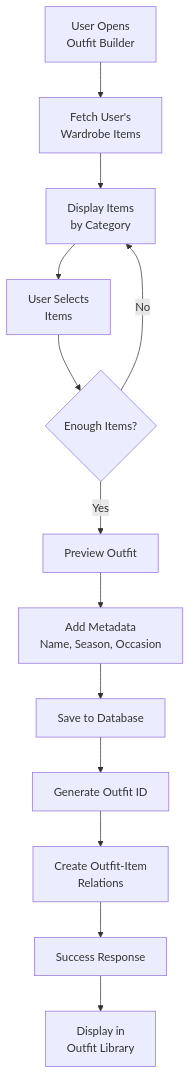
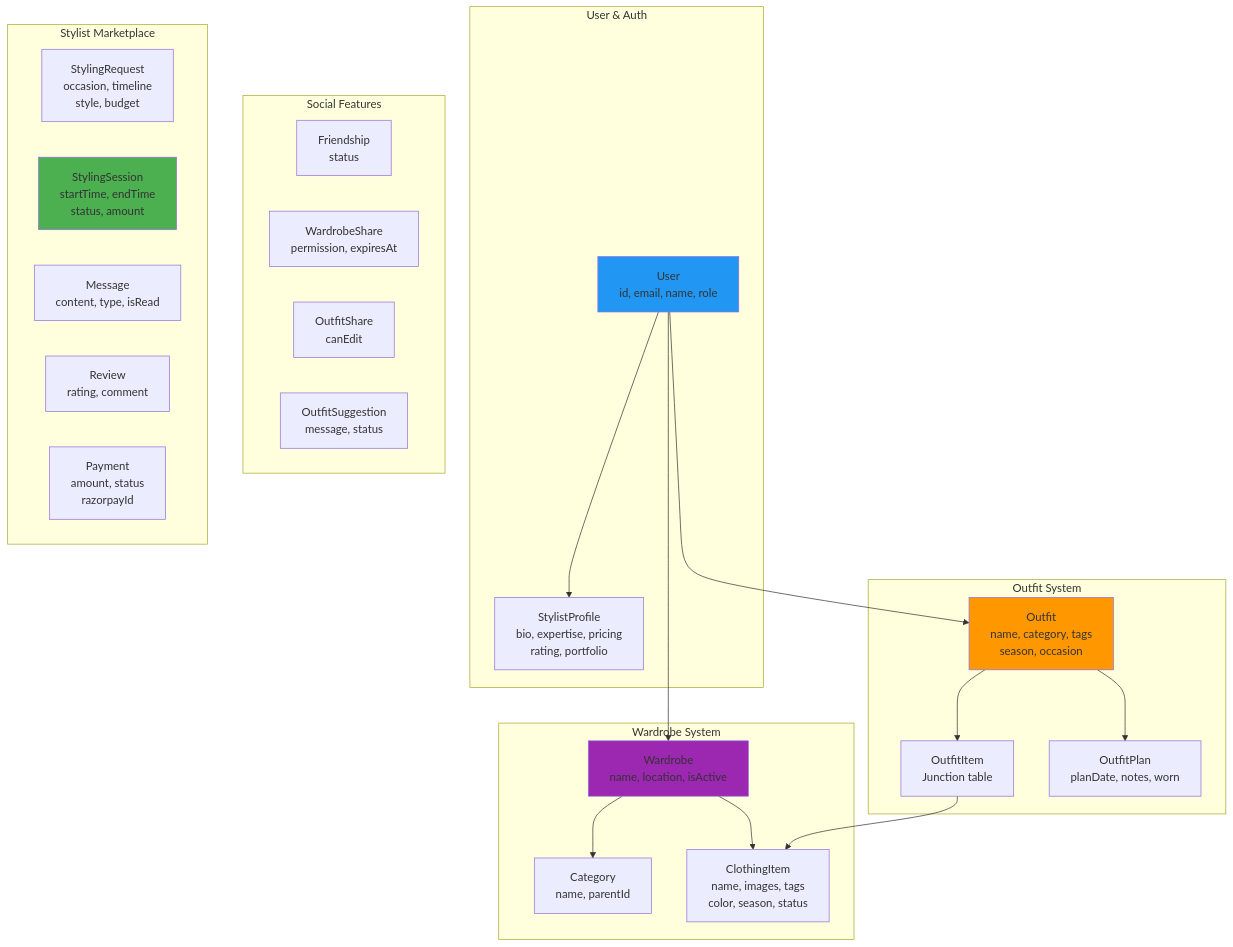
One commit to hrshkshri/my-wardrobe changed diagram 13 of 13 in docs/DIAGRAMS.md. Above: the diagram before and after it, drawn with Mermaid. The commit also changed other lines of this file, not shown here.

First line of the commit message:
Docs: Update all documentation with organized user flows

````diff
--- a/docs/DIAGRAMS.md
+++ b/docs/DIAGRAMS.md
@@ -517,15 +584,48 @@
 ```mermaid
-flowchart TD
-    A[User Opens<br/>Outfit Builder] --> B[Fetch User's<br/>Wardrobe Items]
-    B --> C[Display Items<br/>by Category]
-    C --> D[User Selects<br/>Items]
-    D --> E{Enough Items?}
-    E -->|No| C
-    E -->|Yes| F[Preview Outfit]
-    F --> G[Add Metadata<br/>Name, Season, Occasion]
-    G --> H[Save to Database]
-    H --> I[Generate Outfit ID]
-    I --> J[Create Outfit-Item<br/>Relations]
-    J --> K[Success Response]
-    K --> L[Display in<br/>Outfit Library]
+graph TD
+    subgraph "User & Auth"
+        User[User<br/>id, email, name, role]
+        StylistProfile[StylistProfile<br/>bio, expertise, pricing<br/>rating, portfolio]
+    end
+
+    subgraph "Wardrobe System"
+        Wardrobe[Wardrobe<br/>name, location, isActive]
+        Category[Category<br/>name, parentId]
+        ClothingItem[ClothingItem<br/>name, images, tags<br/>color, season, status]
+    end
+
+    subgraph "Outfit System"
+        Outfit[Outfit<br/>name, category, tags<br/>season, occasion]
+        OutfitItem[OutfitItem<br/>Junction table]
+        OutfitPlan[OutfitPlan<br/>planDate, notes, worn]
+    end
+
+    subgraph "Social Features"
+        Friendship[Friendship<br/>status]
+        WardrobeShare[WardrobeShare<br/>permission, expiresAt]
+        OutfitShare[OutfitShare<br/>canEdit]
+        OutfitSuggestion[OutfitSuggestion<br/>message, status]
+    end
+
+    subgraph "Stylist Marketplace"
+        StylingRequest[StylingRequest<br/>occasion, timeline<br/>style, budget]
+        StylingSession[StylingSession<br/>startTime, endTime<br/>status, amount]
+        Message[Message<br/>content, type, isRead]
+        Review[Review<br/>rating, comment]
+        Payment[Payment<br/>amount, status<br/>razorpayId]
+    end
+
+    User --> Wardrobe
+    User --> StylistProfile
+    User --> Outfit
+    Wardrobe --> Category
+    Wardrobe --> ClothingItem
+    Outfit --> OutfitItem
+    OutfitItem --> ClothingItem
+    Outfit --> OutfitPlan
+
+    style User fill:#2196F3
+    style Wardrobe fill:#9C27B0
+    style Outfit fill:#FF9800
+    style StylingSession fill:#4CAF50
 ```
````
